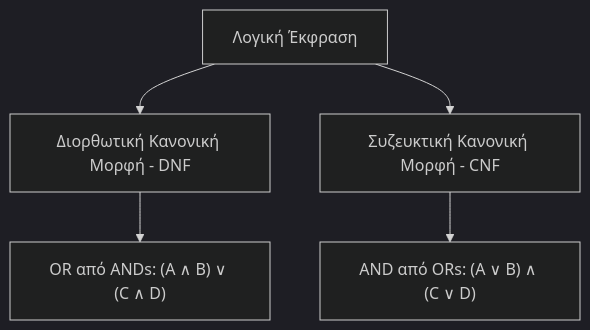
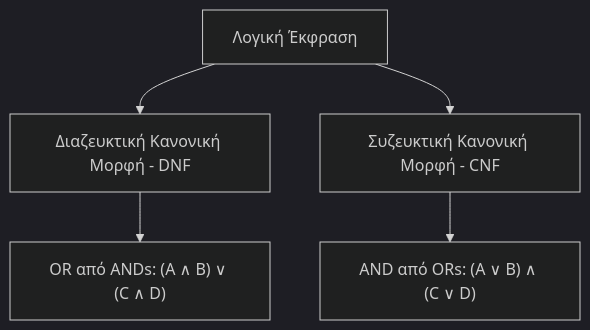
The fifth of 5 diagrams in Year_1/Semester_2/DISCRETE_MATHEMATICS/Resources/Notes/05_propositional_logic.md (PanagopoulosNikolaos/DitOpenNotes), drawn with Mermaid (dark theme) before and after one commit. The commit also changed other lines of this file and 5 other files, not shown here.

````diff
--- a/Year_1/Semester_2/DISCRETE_MATHEMATICS/Resources/Notes/05_propositional_logic.md
+++ b/Year_1/Semester_2/DISCRETE_MATHEMATICS/Resources/Notes/05_propositional_logic.md
@@ -312,7 +311,7 @@
 ```mermaid
 graph TD
-    A[Λογική Έκφραση] --> B[Διορθωτική Κανονική Μορφή - DNF]
+    A[Λογική Έκφραση] --> B[Διαζευκτική Κανονική Μορφή - DNF]
     A --> C[Συζευκτική Κανονική Μορφή - CNF]
     B --> D["OR από ANDs: (A ∧ B) ∨ (C ∧ D)"]
     C --> E["AND από ORs: (A ∨ B) ∧ (C ∨ D)"]
 ```
````
